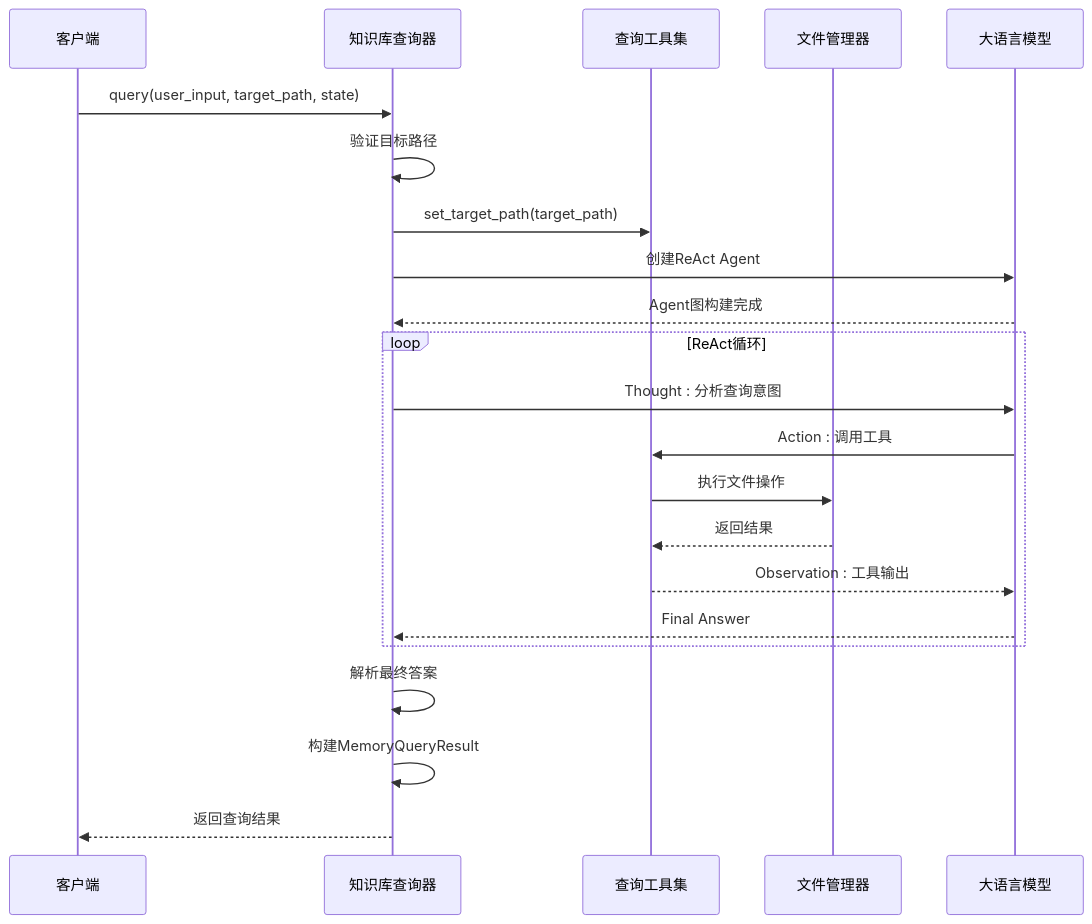
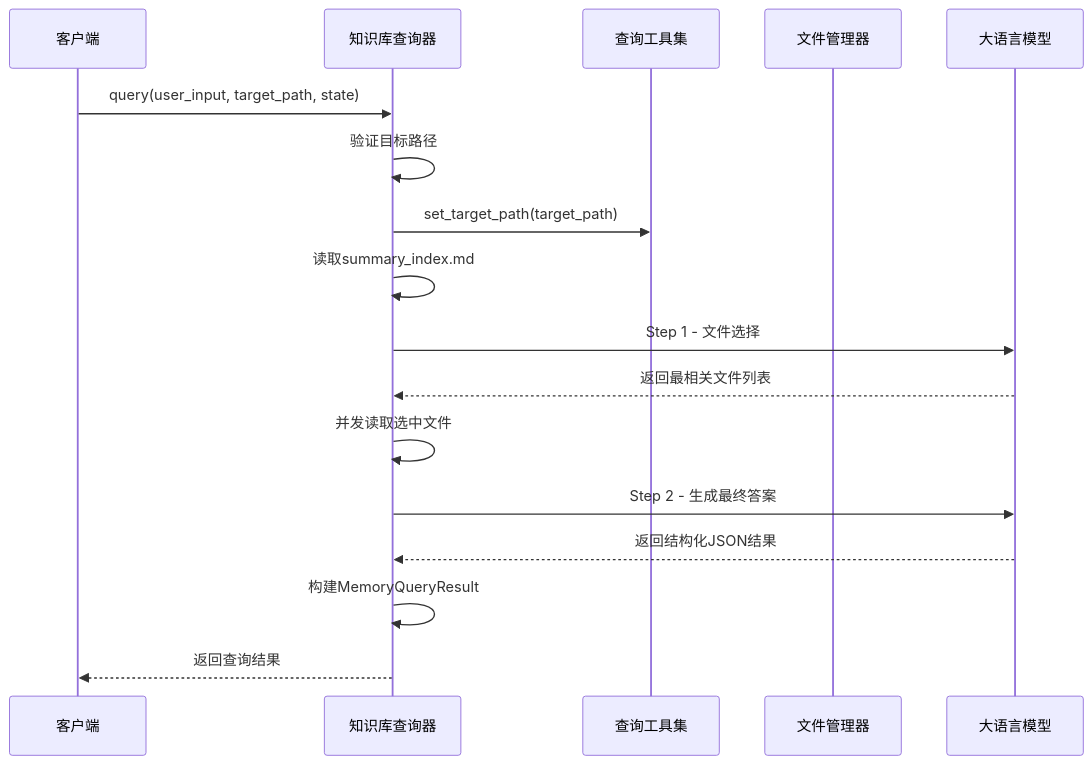
One commit to WangYiKai1017/zizuan changed the third of 9 diagrams in .qoder/repowiki/zh/content/记忆管理系统/记忆查询系统.md. Above: the diagram before and after it, drawn with Mermaid. The commit also changed other lines of this file and 7 other files, not shown here.

````diff
--- a/.qoder/repowiki/zh/content/记忆管理系统/记忆查询系统.md
+++ b/.qoder/repowiki/zh/content/记忆管理系统/记忆查询系统.md
@@ -128,24 +140,19 @@
 ```mermaid
 sequenceDiagram
 participant Client as 客户端
 participant Querier as 知识库查询器
 participant Tools as 查询工具集
 participant FileManager as 文件管理器
 participant LLM as 大语言模型
 Client->>Querier : query(user_input, target_path, state)
 Querier->>Querier : 验证目标路径
 Querier->>Tools : set_target_path(target_path)
-Querier->>LLM : 创建ReAct Agent
-LLM-->>Querier : Agent图构建完成
-loop ReAct循环
-Querier->>LLM : Thought : 分析查询意图
-LLM->>Tools : Action : 调用工具
-Tools->>FileManager : 执行文件操作
-FileManager-->>Tools : 返回结果
-Tools-->>LLM : Observation : 工具输出
-LLM-->>Querier : Final Answer
-end
-Querier->>Querier : 解析最终答案
+Querier->>Querier : 读取summary_index.md
+Querier->>LLM : Step 1 - 文件选择
+LLM-->>Querier : 返回最相关文件列表
+Querier->>Querier : 并发读取选中文件
+Querier->>LLM : Step 2 - 生成最终答案
+LLM-->>Querier : 返回结构化JSON结果
 Querier->>Querier : 构建MemoryQueryResult
 Querier-->>Client : 返回查询结果
 ```
````
